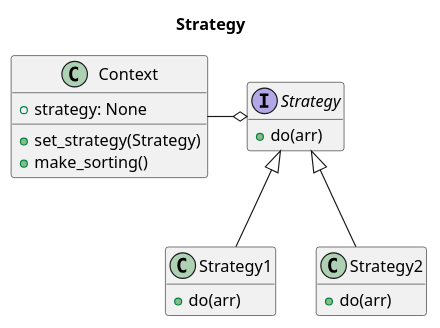
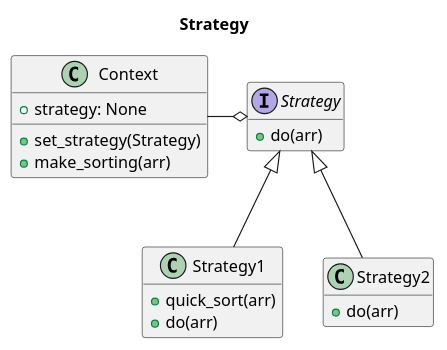
The diagram in lab_3/task_srtategy.plantuml (IrmA-ErroR/TMP), drawn with PlantUML before and after one commit. The commit also changed 5 other files, not shown here.

```diff
--- a/lab_3/task_srtategy.plantuml
+++ b/lab_3/task_srtategy.plantuml
@@ -1,27 +1,28 @@
-@startuml "Стратегия"
+@startuml "Strategy"
 title Strategy
 interface Strategy {
     +do(arr)
 }
 
 class Strategy1 {
+    +quick_sort(arr)
     +do(arr)
 }
 
 class Strategy2 {
     +do(arr)
 }
 
 class Context {
     + strategy: None
     + set_strategy(Strategy) 
-    + make_sorting()  
+    + make_sorting(arr)  
     
 }
 
 Strategy1 -u-|> Strategy
 Strategy2 -u-|> Strategy
 Context -r-o Strategy
 
 hide empty fields
 @enduml
```
